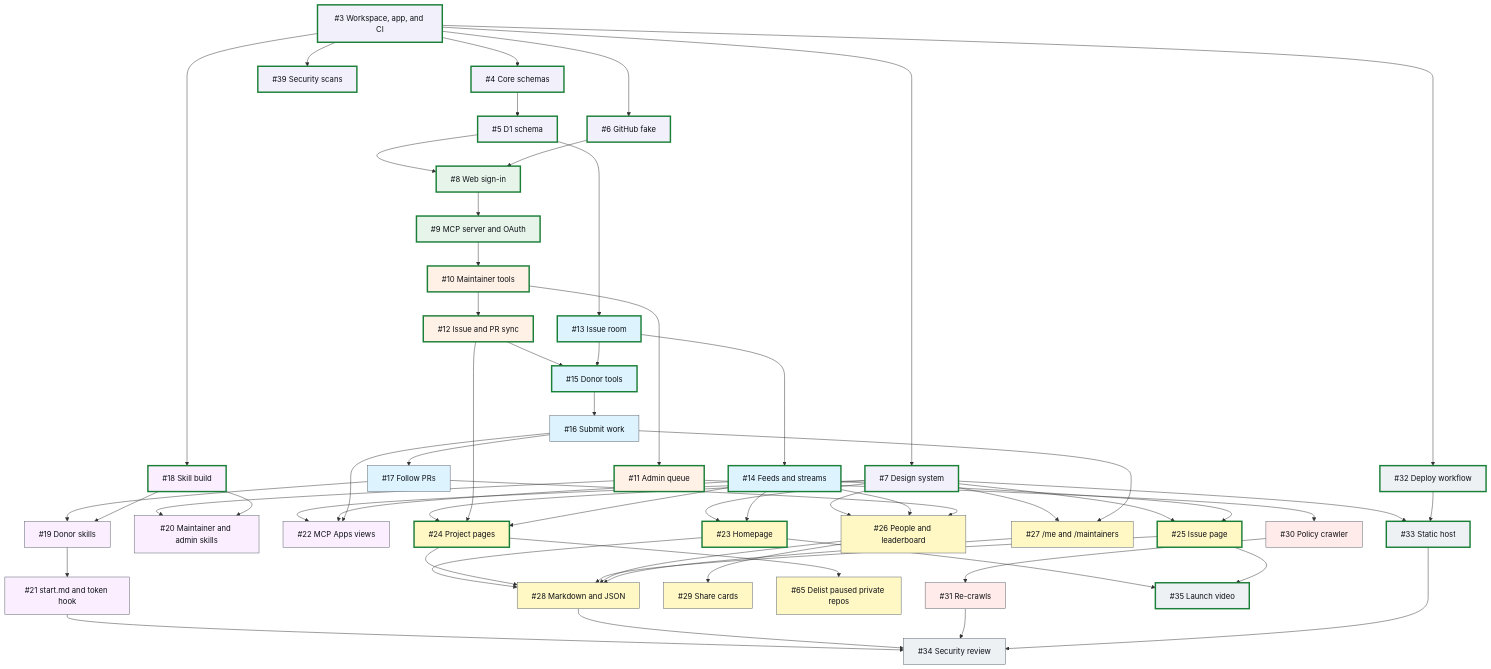
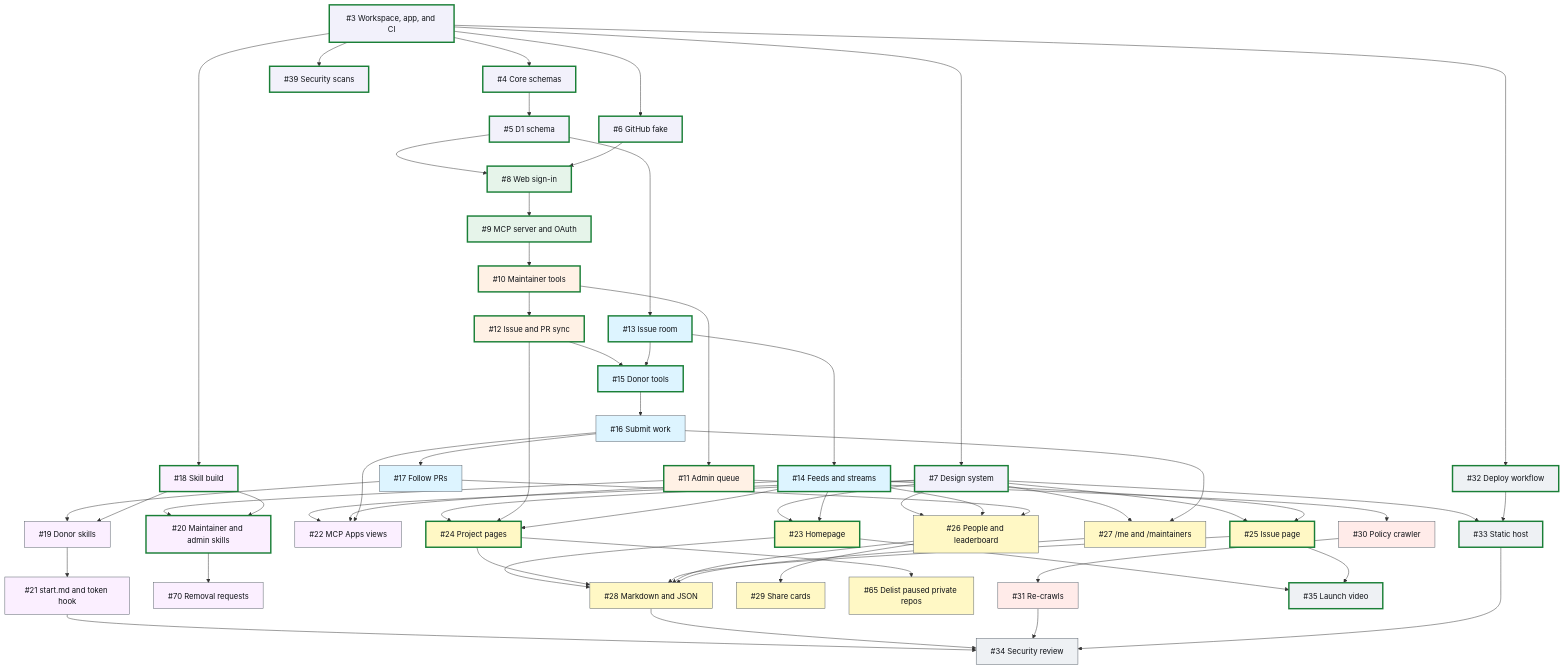
Before and after one commit to meanwhileso/goodfirsttoken: the diagram in ROADMAP.md, drawn with Mermaid. The commit also changed other lines of this file and 26 other files, not shown here.

````diff
--- a/ROADMAP.md
+++ b/ROADMAP.md
@@ -144,6 +145,7 @@
   n20["#20 Maintainer and admin skills"]:::m5
   n21["#21 start.md and token hook"]:::m5
   n22["#22 MCP Apps views"]:::m5
+  n70["#70 Removal requests"]:::m5
   n23["#23 Homepage"]:::m6
   n24["#24 Project pages"]:::m6
   n25["#25 Issue page"]:::m6
@@ -199,6 +201,7 @@
   n18 --> n19
   n18 --> n20
   n19 --> n21
+  n20 --> n70
   n21 --> n34
   n23 --> n28
   n23 --> n35
@@ -214,5 +217,5 @@
   n31 --> n34
   n32 --> n33
   n33 --> n34
-  class n3,n4,n18,n32,n39,n6,n7,n5,n8,n13,n33,n14,n9,n23,n25,n10,n35,n12,n11,n24,n15 done
+  class n3,n4,n18,n32,n39,n6,n7,n5,n8,n13,n33,n14,n9,n23,n25,n10,n35,n12,n11,n24,n15,n20 done
 ```
````
